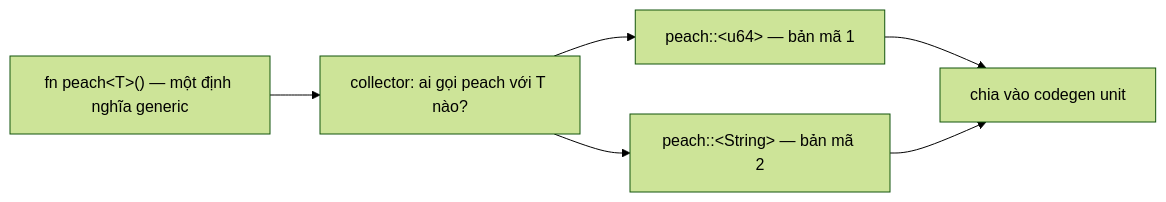
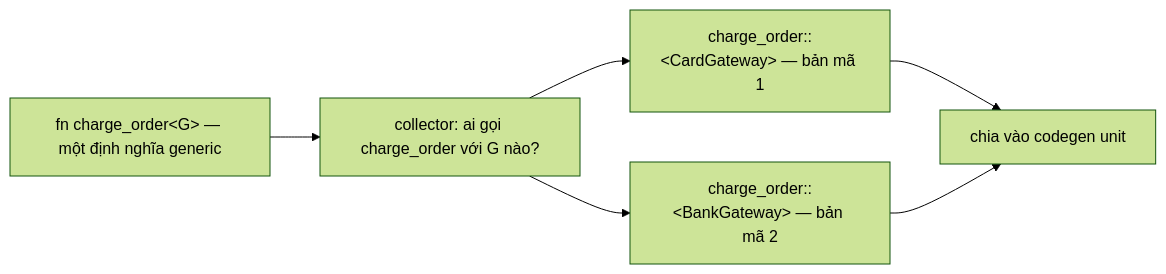
Before and after one commit to pirumu/irust: the first of 3 diagrams in docs/10-rust-internals/04-monomorphization.md, drawn with Mermaid (forest theme). The commit also changed other lines of this file and 35 other files, not shown here.

````diff
--- a/docs/10-rust-internals/04-monomorphization.md
+++ b/docs/10-rust-internals/04-monomorphization.md
@@ -42,8 +66,8 @@
 ```mermaid
 flowchart LR
-  G["fn peach&lt;T&gt;() — một định nghĩa generic"] --> C["collector: ai gọi peach với T nào?"]
-  C --> I1["peach::&lt;u64&gt; — bản mã 1"]
-  C --> I2["peach::&lt;String&gt; — bản mã 2"]
+  G["fn charge_order&lt;G&gt; — một định nghĩa generic"] --> C["collector: ai gọi charge_order với G nào?"]
+  C --> I1["charge_order::&lt;CardGateway&gt; — bản mã 1"]
+  C --> I2["charge_order::&lt;BankGateway&gt; — bản mã 2"]
   I1 --> CGU["chia vào codegen unit"]
   I2 --> CGU
 ```
````
